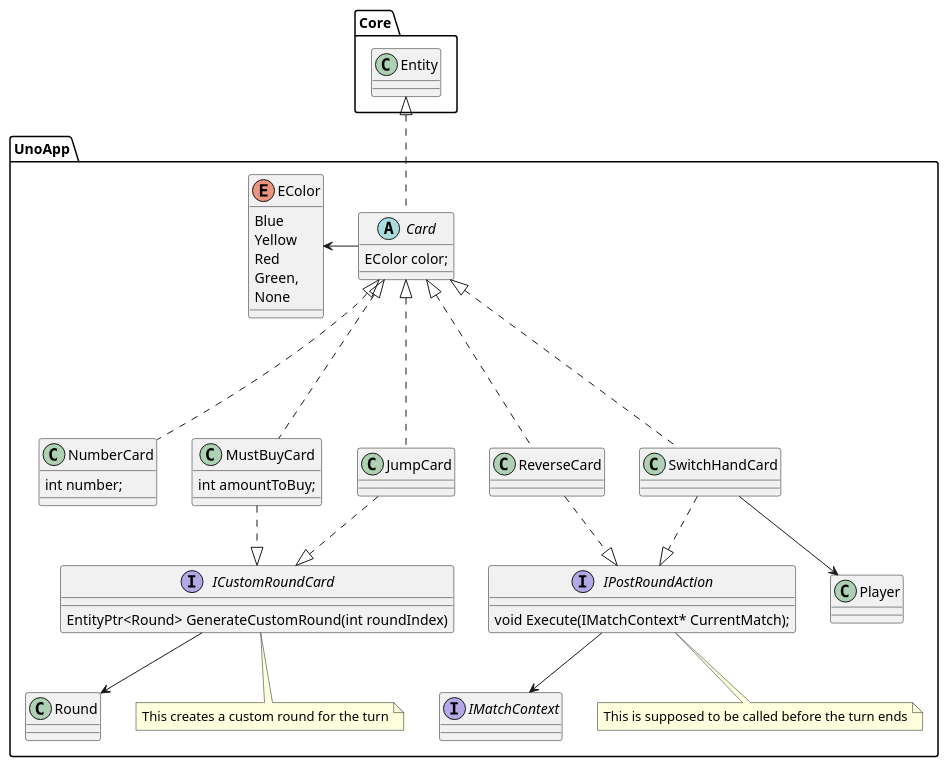
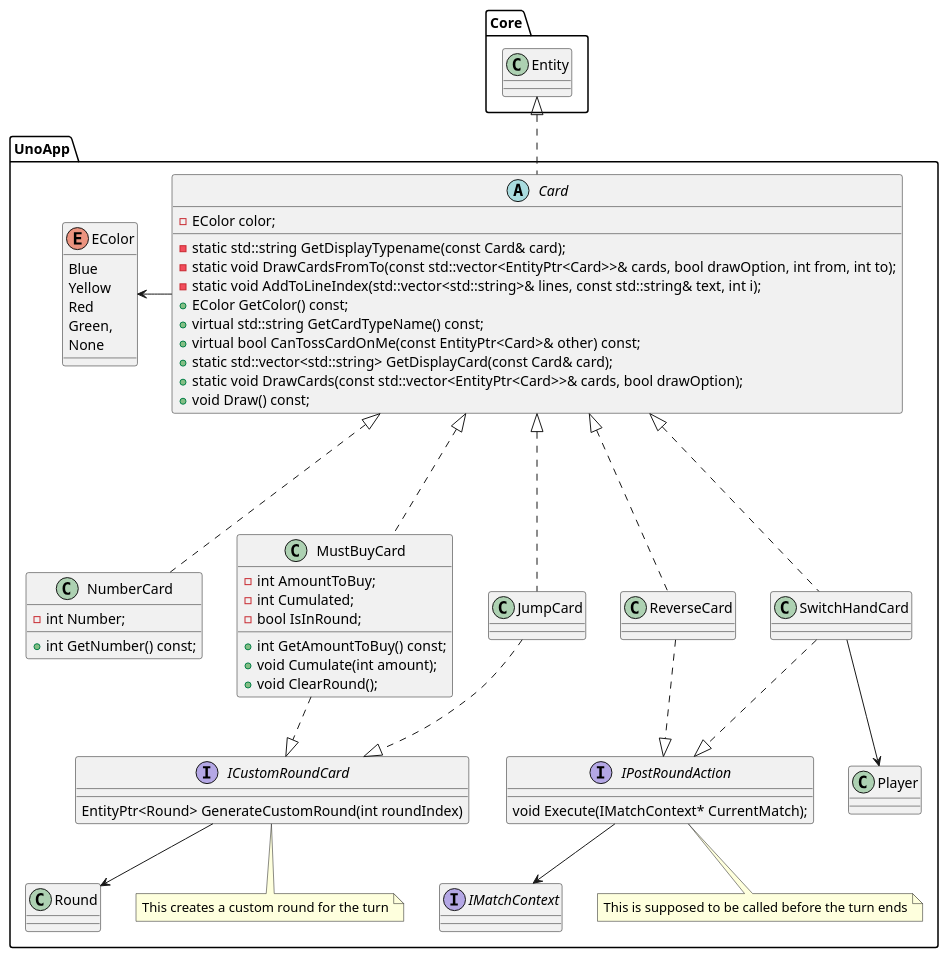
One commit to rodrigoaadias/UnoGameProjectCpp changed the diagram in Documentation/CardsUML.puml. Above: the diagram before and after it, drawn with PlantUML. The commit also changed 4 other files, not shown here.

Commit message:
final update on classes member in UML diagram

```diff
--- a/Documentation/CardsUML.puml
+++ b/Documentation/CardsUML.puml
@@ -1,69 +1,84 @@
 @startuml
 'https://plantuml.com/class-diagram
 
 package Core{
     class Entity{
     }
 }
 
 package UnoApp{
     enum EColor{
         Blue
         Yellow
         Red
         Green,
         None
     }
 
     abstract class Card{
-        EColor color;
+        -EColor color;
+        -static std::string GetDisplayTypename(const Card& card);
+        -static void DrawCardsFromTo(const std::vector<EntityPtr<Card>>& cards, bool drawOption, int from, int to);
+        -static void AddToLineIndex(std::vector<std::string>& lines, const std::string& text, int i);
+        +EColor GetColor() const;    
+        +virtual std::string GetCardTypeName() const;
+        +virtual bool CanTossCardOnMe(const EntityPtr<Card>& other) const;
+        +static std::vector<std::string> GetDisplayCard(const Card& card);
+        +static void DrawCards(const std::vector<EntityPtr<Card>>& cards, bool drawOption);
+        +void Draw() const;
     }
 
     class NumberCard{
-        int number;
+        -int Number;
+        +int GetNumber() const;
     }
 
     class MustBuyCard{
-        int amountToBuy;
+        -int AmountToBuy;
+        -int Cumulated;
+        -bool IsInRound;
+        +int GetAmountToBuy() const;
+        +void Cumulate(int amount);
+        +void ClearRound();
     }
 
     class ReverseCard{
     }
 
     class JumpCard{
     }
     
     class SwitchHandCard{
     }
 
     Entity <|.. Card
     EColor <- Card
     Card <|... NumberCard
     Card <|... MustBuyCard
     Card <|... ReverseCard
     Card <|... JumpCard
     Card <|... SwitchHandCard
 
     interface ICustomRoundCard{
         EntityPtr<Round> GenerateCustomRound(int roundIndex)
     }
 
     interface IPostRoundAction{    
         void Execute(IMatchContext* CurrentMatch);
     }
     
     interface IMatchContext{}
 
     MustBuyCard ..|> ICustomRoundCard
     JumpCard ..|> ICustomRoundCard
     ReverseCard ..|> IPostRoundAction
     SwitchHandCard ..|> IPostRoundAction
 
     ICustomRoundCard --> Round
     IPostRoundAction --> IMatchContext
     SwitchHandCard --> Player
 
     note bottom of IPostRoundAction : This is supposed to be called before the turn ends
     note bottom of ICustomRoundCard : This creates a custom round for the turn
 }
 @enduml
```
